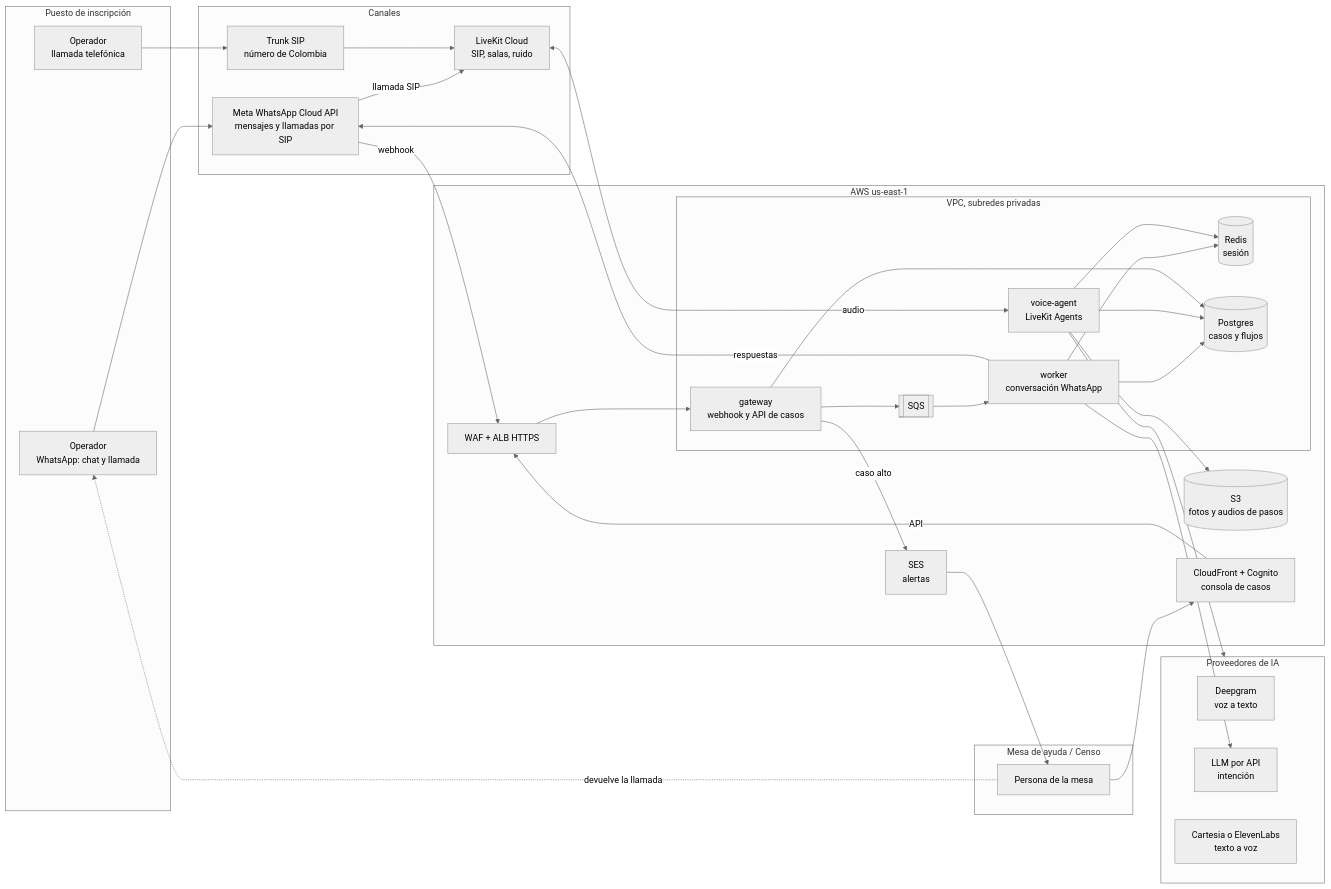
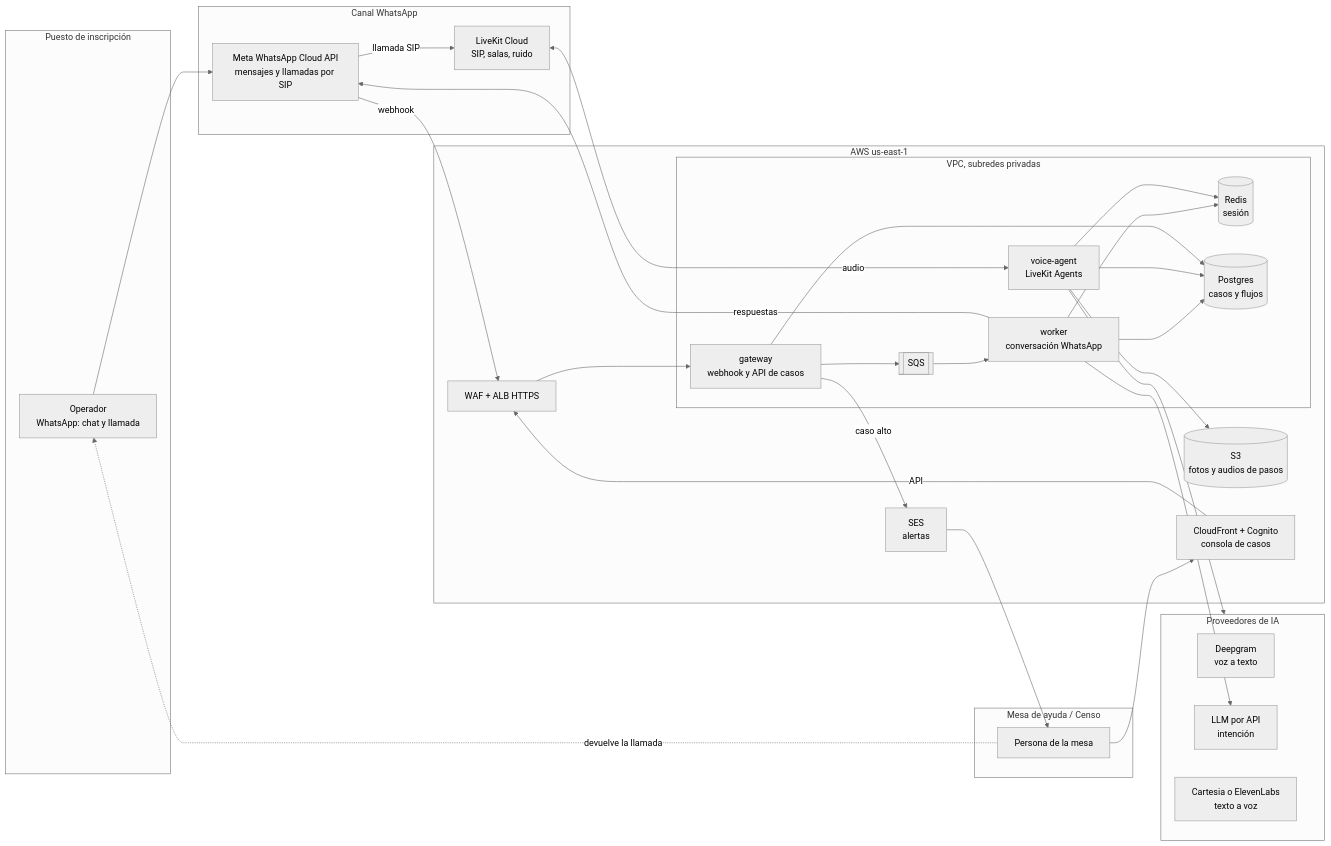
The first of 2 diagrams in docs/infraestructura.md (shell931/ov-ia-support-incripcion-campo), drawn with Mermaid (neutral theme) before and after one commit. The commit also changed other lines of this file and 7 other files, not shown here.

First line of the commit message:
Dejar WhatsApp como único canal de entrada (chat y llamada).

````diff
--- a/docs/infraestructura.md
+++ b/docs/infraestructura.md
@@ -7,57 +7,53 @@
 ```mermaid
 flowchart LR
   subgraph CAMPO["Puesto de inscripción"]
     OPW["Operador<br/>WhatsApp: chat y llamada"]
-    OPT["Operador<br/>llamada telefónica"]
   end
 
-  subgraph CANAL["Canales"]
+  subgraph CANAL["Canal WhatsApp"]
     META["Meta WhatsApp Cloud API<br/>mensajes y llamadas por SIP"]
-    TRUNK["Trunk SIP<br/>número de Colombia"]
     LK["LiveKit Cloud<br/>SIP, salas, ruido"]
   end
 
   subgraph IA["Proveedores de IA"]
     STT["Deepgram<br/>voz a texto"]
     LLM["LLM por API<br/>intención"]
     TTS["Cartesia o ElevenLabs<br/>texto a voz"]
   end
 
   subgraph AWS["AWS us-east-1"]
     ALB["WAF + ALB HTTPS"]
     subgraph VPC["VPC, subredes privadas"]
       GW["gateway<br/>webhook y API de casos"]
       SQS[["SQS"]]
       WRK["worker<br/>conversación WhatsApp"]
       VA["voice-agent<br/>LiveKit Agents"]
       RED[("Redis<br/>sesión")]
       PG[("Postgres<br/>casos y flujos")]
     end
     S3[("S3<br/>fotos y audios de pasos")]
     CF["CloudFront + Cognito<br/>consola de casos"]
     SES["SES<br/>alertas"]
   end
 
   subgraph MESA["Mesa de ayuda / Censo"]
     HUM["Persona de la mesa"]
   end
 
   OPW --> META
-  OPT --> TRUNK
   META -->|webhook| ALB --> GW --> SQS --> WRK
   WRK -->|respuestas| META
   META -->|llamada SIP| LK
-  TRUNK --> LK
   LK <-->|audio| VA
   VA --> IA
   WRK --> LLM
   WRK --> RED
   VA --> RED
   WRK --> PG
   VA --> PG
   VA --> S3
   GW --> PG
   HUM --> CF -->|API| ALB
   GW -->|caso alto| SES --> HUM
   HUM -.->|devuelve la llamada| OPW
 ```
````
